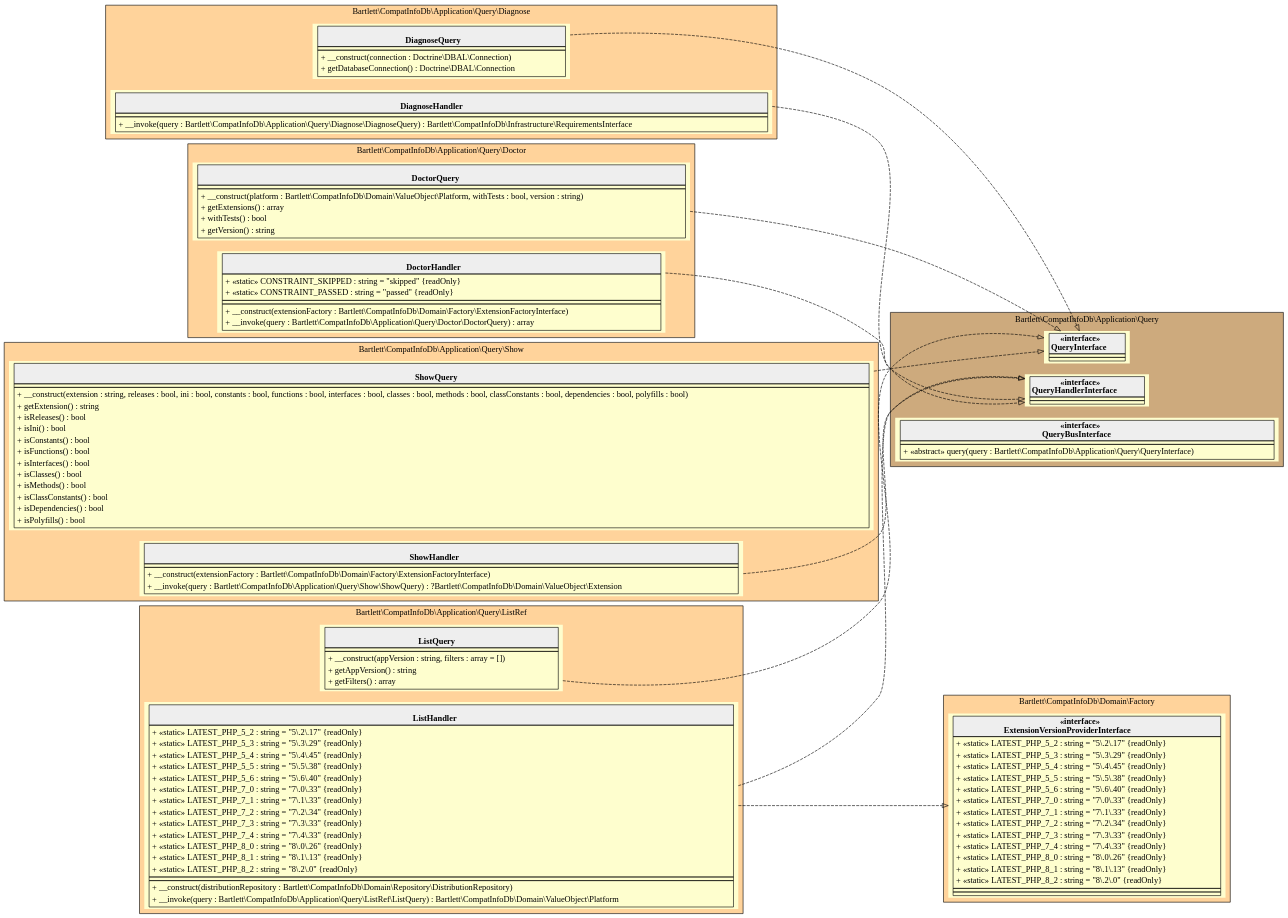
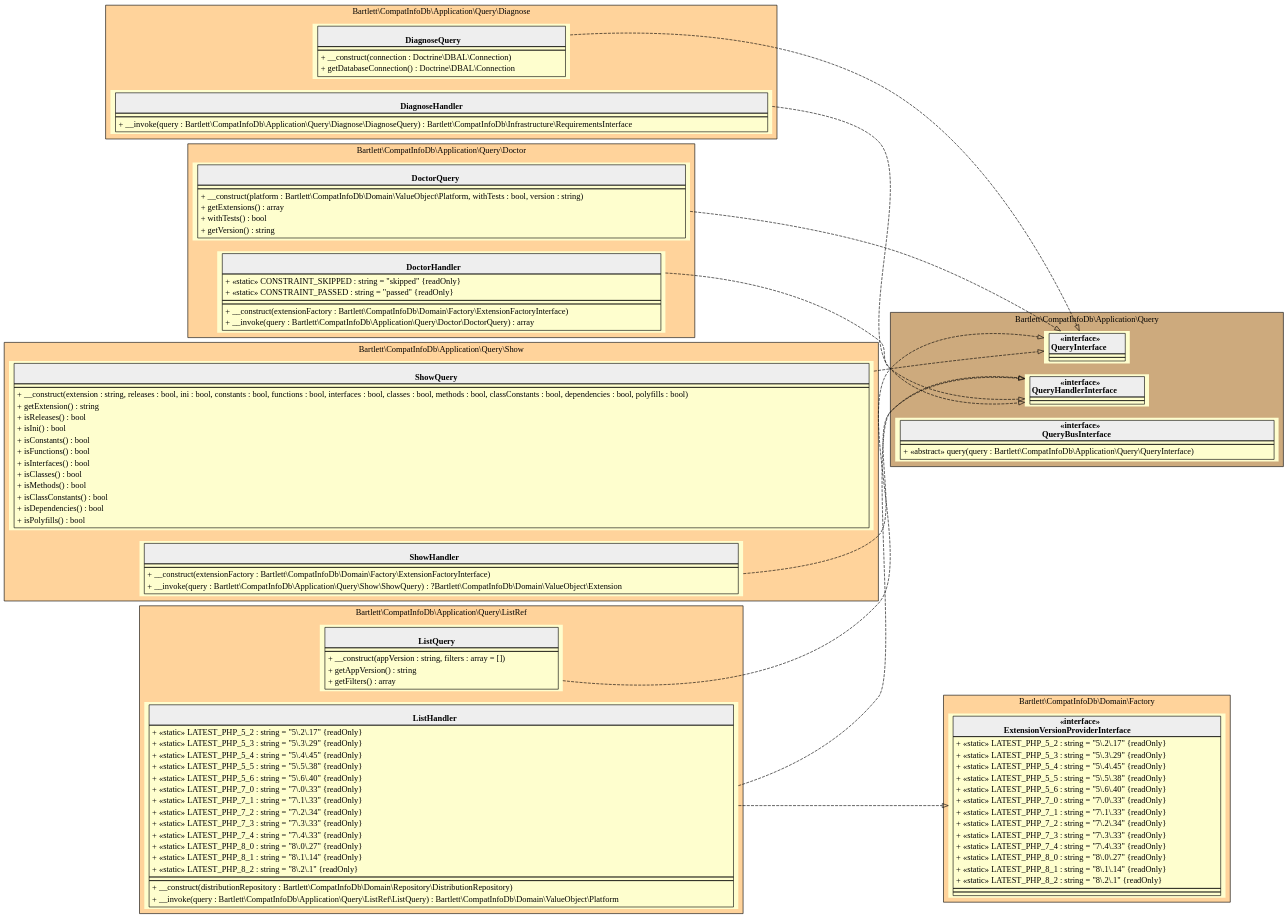
One commit to llaville/php-compatinfo-db changed the diagram in 5.x/assets/images/application-query.html.gv. Above: the diagram before and after it, drawn with Graphviz. The commit also changed 38 other files, not shown here.

```diff
--- a/5.x/assets/images/application-query.html.gv
+++ b/5.x/assets/images/application-query.html.gv
@@ -1,181 +1,181 @@
 digraph {
   graph [rankdir="LR" bgcolor="transparent"]
   node [fillcolor="#FEFECE" style="filled"]
   subgraph cluster_0 {
     graph [bgcolor="burlywood1"]
     label = "Bartlett\\CompatInfoDb\\Application\\Query\\Diagnose"
     "Bartlett\\CompatInfoDb\\Application\\Query\\Diagnose\\DiagnoseQuery" [shape="none" label=<
 <table cellspacing="0" border="0" cellborder="1">
     <tr><td bgcolor="#eeeeee"><b><br/>DiagnoseQuery</b></td></tr>
     <tr><td></td></tr>
     <tr><td><table border="0" cellspacing="0" cellpadding="2">
     <tr><td align="left">+ __construct(connection : Doctrine\\DBAL\\Connection)</td></tr>
     <tr><td align="left">+ getDatabaseConnection() : Doctrine\\DBAL\\Connection</td></tr>
 </table></td></tr>
 </table>>]
     "Bartlett\\CompatInfoDb\\Application\\Query\\Diagnose\\DiagnoseHandler" [shape="none" label=<
 <table cellspacing="0" border="0" cellborder="1">
     <tr><td bgcolor="#eeeeee"><b><br/>DiagnoseHandler</b></td></tr>
     <tr><td></td></tr>
     <tr><td><table border="0" cellspacing="0" cellpadding="2">
     <tr><td align="left">+ __invoke(query : Bartlett\\CompatInfoDb\\Application\\Query\\Diagnose\\DiagnoseQuery) : Bartlett\\CompatInfoDb\\Infrastructure\\RequirementsInterface</td></tr>
 </table></td></tr>
 </table>>]
   }
   subgraph cluster_1 {
     graph [bgcolor="burlywood3"]
     label = "Bartlett\\CompatInfoDb\\Application\\Query"
     "Bartlett\\CompatInfoDb\\Application\\Query\\QueryInterface" [shape="none" label=<
 <table cellspacing="0" border="0" cellborder="1">
     <tr><td bgcolor="#eeeeee"><b>«interface»<br/>QueryInterface</b></td></tr>
     <tr><td></td></tr>
     <tr><td></td></tr>
 </table>>]
     "Bartlett\\CompatInfoDb\\Application\\Query\\QueryHandlerInterface" [shape="none" label=<
 <table cellspacing="0" border="0" cellborder="1">
     <tr><td bgcolor="#eeeeee"><b>«interface»<br/>QueryHandlerInterface</b></td></tr>
     <tr><td></td></tr>
     <tr><td></td></tr>
 </table>>]
     "Bartlett\\CompatInfoDb\\Application\\Query\\QueryBusInterface" [shape="none" label=<
 <table cellspacing="0" border="0" cellborder="1">
     <tr><td bgcolor="#eeeeee"><b>«interface»<br/>QueryBusInterface</b></td></tr>
     <tr><td></td></tr>
     <tr><td><table border="0" cellspacing="0" cellpadding="2">
     <tr><td align="left">+ «abstract» query(query : Bartlett\\CompatInfoDb\\Application\\Query\\QueryInterface)</td></tr>
 </table></td></tr>
 </table>>]
   }
   subgraph cluster_2 {
     graph [bgcolor="burlywood1"]
     label = "Bartlett\\CompatInfoDb\\Application\\Query\\Doctor"
     "Bartlett\\CompatInfoDb\\Application\\Query\\Doctor\\DoctorQuery" [shape="none" label=<
 <table cellspacing="0" border="0" cellborder="1">
     <tr><td bgcolor="#eeeeee"><b><br/>DoctorQuery</b></td></tr>
     <tr><td></td></tr>
     <tr><td><table border="0" cellspacing="0" cellpadding="2">
     <tr><td align="left">+ __construct(platform : Bartlett\\CompatInfoDb\\Domain\\ValueObject\\Platform, withTests : bool, version : string)</td></tr>
     <tr><td align="left">+ getExtensions() : array</td></tr>
     <tr><td align="left">+ withTests() : bool</td></tr>
     <tr><td align="left">+ getVersion() : string</td></tr>
 </table></td></tr>
 </table>>]
     "Bartlett\\CompatInfoDb\\Application\\Query\\Doctor\\DoctorHandler" [shape="none" label=<
 <table cellspacing="0" border="0" cellborder="1">
     <tr><td bgcolor="#eeeeee"><b><br/>DoctorHandler</b></td></tr>
     <tr><td><table border="0" cellspacing="0" cellpadding="2">
     <tr><td align="left">+ «static» CONSTRAINT_SKIPPED : string = "skipped" {readOnly}</td></tr>
     <tr><td align="left">+ «static» CONSTRAINT_PASSED : string = "passed" {readOnly}</td></tr>
 </table></td></tr>
     <tr><td></td></tr>
     <tr><td><table border="0" cellspacing="0" cellpadding="2">
     <tr><td align="left">+ __construct(extensionFactory : Bartlett\\CompatInfoDb\\Domain\\Factory\\ExtensionFactoryInterface)</td></tr>
     <tr><td align="left">+ __invoke(query : Bartlett\\CompatInfoDb\\Application\\Query\\Doctor\\DoctorQuery) : array</td></tr>
 </table></td></tr>
 </table>>]
   }
   subgraph cluster_3 {
     graph [bgcolor="burlywood1"]
     label = "Bartlett\\CompatInfoDb\\Application\\Query\\ListRef"
     "Bartlett\\CompatInfoDb\\Application\\Query\\ListRef\\ListQuery" [shape="none" label=<
 <table cellspacing="0" border="0" cellborder="1">
     <tr><td bgcolor="#eeeeee"><b><br/>ListQuery</b></td></tr>
     <tr><td></td></tr>
     <tr><td><table border="0" cellspacing="0" cellpadding="2">
     <tr><td align="left">+ __construct(appVersion : string, filters : array = [])</td></tr>
     <tr><td align="left">+ getAppVersion() : string</td></tr>
     <tr><td align="left">+ getFilters() : array</td></tr>
 </table></td></tr>
 </table>>]
     "Bartlett\\CompatInfoDb\\Application\\Query\\ListRef\\ListHandler" [shape="none" label=<
 <table cellspacing="0" border="0" cellborder="1">
     <tr><td bgcolor="#eeeeee"><b><br/>ListHandler</b></td></tr>
     <tr><td><table border="0" cellspacing="0" cellpadding="2">
     <tr><td align="left">+ «static» LATEST_PHP_5_2 : string = "5\.2\.17" {readOnly}</td></tr>
     <tr><td align="left">+ «static» LATEST_PHP_5_3 : string = "5\.3\.29" {readOnly}</td></tr>
     <tr><td align="left">+ «static» LATEST_PHP_5_4 : string = "5\.4\.45" {readOnly}</td></tr>
     <tr><td align="left">+ «static» LATEST_PHP_5_5 : string = "5\.5\.38" {readOnly}</td></tr>
     <tr><td align="left">+ «static» LATEST_PHP_5_6 : string = "5\.6\.40" {readOnly}</td></tr>
     <tr><td align="left">+ «static» LATEST_PHP_7_0 : string = "7\.0\.33" {readOnly}</td></tr>
     <tr><td align="left">+ «static» LATEST_PHP_7_1 : string = "7\.1\.33" {readOnly}</td></tr>
     <tr><td align="left">+ «static» LATEST_PHP_7_2 : string = "7\.2\.34" {readOnly}</td></tr>
     <tr><td align="left">+ «static» LATEST_PHP_7_3 : string = "7\.3\.33" {readOnly}</td></tr>
     <tr><td align="left">+ «static» LATEST_PHP_7_4 : string = "7\.4\.33" {readOnly}</td></tr>
-    <tr><td align="left">+ «static» LATEST_PHP_8_0 : string = "8\.0\.26" {readOnly}</td></tr>
-    <tr><td align="left">+ «static» LATEST_PHP_8_1 : string = "8\.1\.13" {readOnly}</td></tr>
-    <tr><td align="left">+ «static» LATEST_PHP_8_2 : string = "8\.2\.0" {readOnly}</td></tr>
+    <tr><td align="left">+ «static» LATEST_PHP_8_0 : string = "8\.0\.27" {readOnly}</td></tr>
+    <tr><td align="left">+ «static» LATEST_PHP_8_1 : string = "8\.1\.14" {readOnly}</td></tr>
+    <tr><td align="left">+ «static» LATEST_PHP_8_2 : string = "8\.2\.1" {readOnly}</td></tr>
 </table></td></tr>
     <tr><td></td></tr>
     <tr><td><table border="0" cellspacing="0" cellpadding="2">
     <tr><td align="left">+ __construct(distributionRepository : Bartlett\\CompatInfoDb\\Domain\\Repository\\DistributionRepository)</td></tr>
     <tr><td align="left">+ __invoke(query : Bartlett\\CompatInfoDb\\Application\\Query\\ListRef\\ListQuery) : Bartlett\\CompatInfoDb\\Domain\\ValueObject\\Platform</td></tr>
 </table></td></tr>
 </table>>]
   }
   subgraph cluster_4 {
     graph [bgcolor="burlywood1"]
     label = "Bartlett\\CompatInfoDb\\Domain\\Factory"
     "Bartlett\\CompatInfoDb\\Domain\\Factory\\ExtensionVersionProviderInterface" [shape="none" label=<
 <table cellspacing="0" border="0" cellborder="1">
     <tr><td bgcolor="#eeeeee"><b>«interface»<br/>ExtensionVersionProviderInterface</b></td></tr>
     <tr><td><table border="0" cellspacing="0" cellpadding="2">
     <tr><td align="left">+ «static» LATEST_PHP_5_2 : string = "5\.2\.17" {readOnly}</td></tr>
     <tr><td align="left">+ «static» LATEST_PHP_5_3 : string = "5\.3\.29" {readOnly}</td></tr>
     <tr><td align="left">+ «static» LATEST_PHP_5_4 : string = "5\.4\.45" {readOnly}</td></tr>
     <tr><td align="left">+ «static» LATEST_PHP_5_5 : string = "5\.5\.38" {readOnly}</td></tr>
     <tr><td align="left">+ «static» LATEST_PHP_5_6 : string = "5\.6\.40" {readOnly}</td></tr>
     <tr><td align="left">+ «static» LATEST_PHP_7_0 : string = "7\.0\.33" {readOnly}</td></tr>
     <tr><td align="left">+ «static» LATEST_PHP_7_1 : string = "7\.1\.33" {readOnly}</td></tr>
     <tr><td align="left">+ «static» LATEST_PHP_7_2 : string = "7\.2\.34" {readOnly}</td></tr>
     <tr><td align="left">+ «static» LATEST_PHP_7_3 : string = "7\.3\.33" {readOnly}</td></tr>
     <tr><td align="left">+ «static» LATEST_PHP_7_4 : string = "7\.4\.33" {readOnly}</td></tr>
-    <tr><td align="left">+ «static» LATEST_PHP_8_0 : string = "8\.0\.26" {readOnly}</td></tr>
-    <tr><td align="left">+ «static» LATEST_PHP_8_1 : string = "8\.1\.13" {readOnly}</td></tr>
-    <tr><td align="left">+ «static» LATEST_PHP_8_2 : string = "8\.2\.0" {readOnly}</td></tr>
+    <tr><td align="left">+ «static» LATEST_PHP_8_0 : string = "8\.0\.27" {readOnly}</td></tr>
+    <tr><td align="left">+ «static» LATEST_PHP_8_1 : string = "8\.1\.14" {readOnly}</td></tr>
+    <tr><td align="left">+ «static» LATEST_PHP_8_2 : string = "8\.2\.1" {readOnly}</td></tr>
 </table></td></tr>
     <tr><td></td></tr>
     <tr><td></td></tr>
 </table>>]
   }
   subgraph cluster_5 {
     graph [bgcolor="burlywood1"]
     label = "Bartlett\\CompatInfoDb\\Application\\Query\\Show"
     "Bartlett\\CompatInfoDb\\Application\\Query\\Show\\ShowQuery" [shape="none" label=<
 <table cellspacing="0" border="0" cellborder="1">
     <tr><td bgcolor="#eeeeee"><b><br/>ShowQuery</b></td></tr>
     <tr><td></td></tr>
     <tr><td><table border="0" cellspacing="0" cellpadding="2">
     <tr><td align="left">+ __construct(extension : string, releases : bool, ini : bool, constants : bool, functions : bool, interfaces : bool, classes : bool, methods : bool, classConstants : bool, dependencies : bool, polyfills : bool)</td></tr>
     <tr><td align="left">+ getExtension() : string</td></tr>
     <tr><td align="left">+ isReleases() : bool</td></tr>
     <tr><td align="left">+ isIni() : bool</td></tr>
     <tr><td align="left">+ isConstants() : bool</td></tr>
     <tr><td align="left">+ isFunctions() : bool</td></tr>
     <tr><td align="left">+ isInterfaces() : bool</td></tr>
     <tr><td align="left">+ isClasses() : bool</td></tr>
     <tr><td align="left">+ isMethods() : bool</td></tr>
     <tr><td align="left">+ isClassConstants() : bool</td></tr>
     <tr><td align="left">+ isDependencies() : bool</td></tr>
     <tr><td align="left">+ isPolyfills() : bool</td></tr>
 </table></td></tr>
 </table>>]
     "Bartlett\\CompatInfoDb\\Application\\Query\\Show\\ShowHandler" [shape="none" label=<
 <table cellspacing="0" border="0" cellborder="1">
     <tr><td bgcolor="#eeeeee"><b><br/>ShowHandler</b></td></tr>
     <tr><td></td></tr>
     <tr><td><table border="0" cellspacing="0" cellpadding="2">
     <tr><td align="left">+ __construct(extensionFactory : Bartlett\\CompatInfoDb\\Domain\\Factory\\ExtensionFactoryInterface)</td></tr>
     <tr><td align="left">+ __invoke(query : Bartlett\\CompatInfoDb\\Application\\Query\\Show\\ShowQuery) : ?Bartlett\\CompatInfoDb\\Domain\\ValueObject\\Extension</td></tr>
 </table></td></tr>
 </table>>]
   }
   "Bartlett\\CompatInfoDb\\Application\\Query\\Diagnose\\DiagnoseQuery" -> "Bartlett\\CompatInfoDb\\Application\\Query\\QueryInterface" [arrowhead="empty" style="dashed"]
   "Bartlett\\CompatInfoDb\\Application\\Query\\Diagnose\\DiagnoseHandler" -> "Bartlett\\CompatInfoDb\\Application\\Query\\QueryHandlerInterface" [arrowhead="empty" style="dashed"]
   "Bartlett\\CompatInfoDb\\Application\\Query\\Doctor\\DoctorQuery" -> "Bartlett\\CompatInfoDb\\Application\\Query\\QueryInterface" [arrowhead="empty" style="dashed"]
   "Bartlett\\CompatInfoDb\\Application\\Query\\Doctor\\DoctorHandler" -> "Bartlett\\CompatInfoDb\\Application\\Query\\QueryHandlerInterface" [arrowhead="empty" style="dashed"]
   "Bartlett\\CompatInfoDb\\Application\\Query\\ListRef\\ListQuery" -> "Bartlett\\CompatInfoDb\\Application\\Query\\QueryInterface" [arrowhead="empty" style="dashed"]
   "Bartlett\\CompatInfoDb\\Application\\Query\\ListRef\\ListHandler" -> "Bartlett\\CompatInfoDb\\Application\\Query\\QueryHandlerInterface" [arrowhead="empty" style="dashed"]
   "Bartlett\\CompatInfoDb\\Application\\Query\\ListRef\\ListHandler" -> "Bartlett\\CompatInfoDb\\Domain\\Factory\\ExtensionVersionProviderInterface" [arrowhead="empty" style="dashed"]
   "Bartlett\\CompatInfoDb\\Application\\Query\\Show\\ShowQuery" -> "Bartlett\\CompatInfoDb\\Application\\Query\\QueryInterface" [arrowhead="empty" style="dashed"]
   "Bartlett\\CompatInfoDb\\Application\\Query\\Show\\ShowHandler" -> "Bartlett\\CompatInfoDb\\Application\\Query\\QueryHandlerInterface" [arrowhead="empty" style="dashed"]
 }
```
